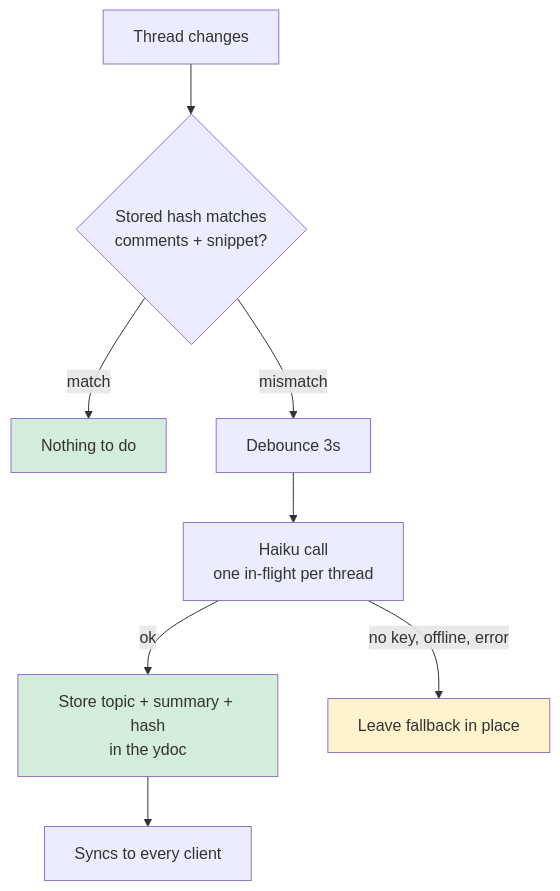
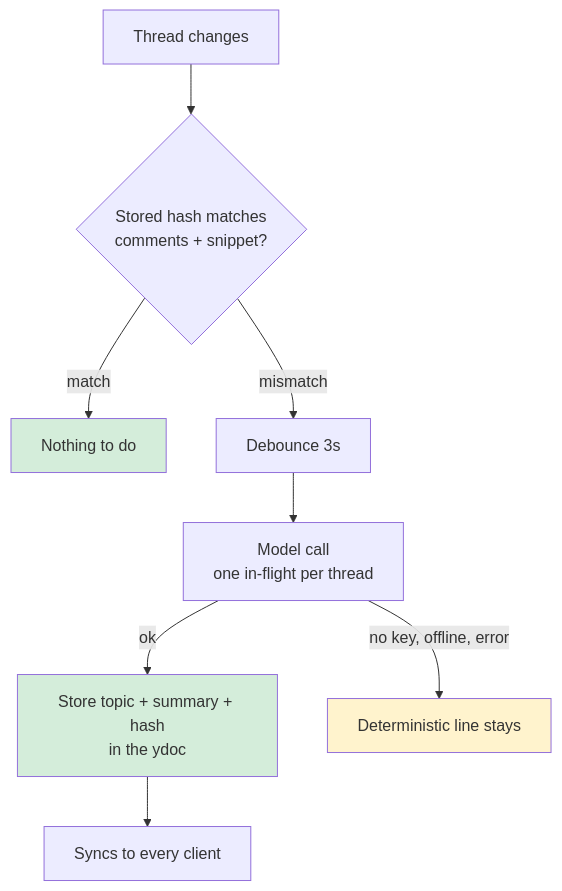
One commit to fryanpan/claude-live-feedback-plugin changed the diagram in docs/superpowers/specs/2026-08-10-streamlined-review-design.md. Above: the diagram before and after it, drawn with Mermaid. The commit also changed other lines of this file, not shown here.

````diff
--- a/docs/superpowers/specs/2026-08-10-streamlined-review-design.md
+++ b/docs/superpowers/specs/2026-08-10-streamlined-review-design.md
@@ -110,14 +382,14 @@
 ```mermaid
 flowchart TD
     T[Thread changes] --> H{Stored hash matches<br/>comments + snippet?}
     H -->|match| N[Nothing to do]
     H -->|mismatch| D[Debounce 3s]
-    D --> A[Haiku call<br/>one in-flight per thread]
+    D --> A[Model call<br/>one in-flight per thread]
     A -->|ok| S[Store topic + summary + hash<br/>in the ydoc]
-    A -->|no key, offline, error| K[Leave fallback in place]
+    A -->|no key, offline, error| K[Deterministic line stays]
     S --> C[Syncs to every client]
 
     style K fill:#fff3cd
     style N fill:#d4edda
     style S fill:#d4edda
 ```
````
